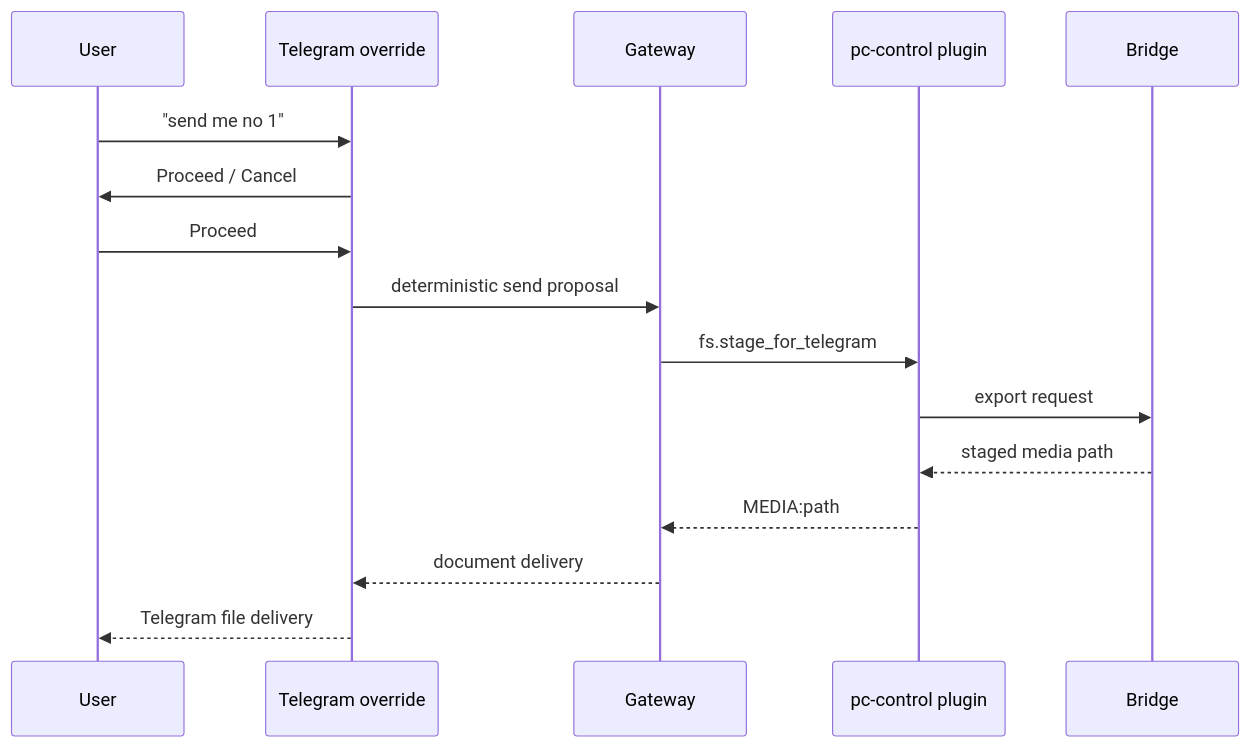
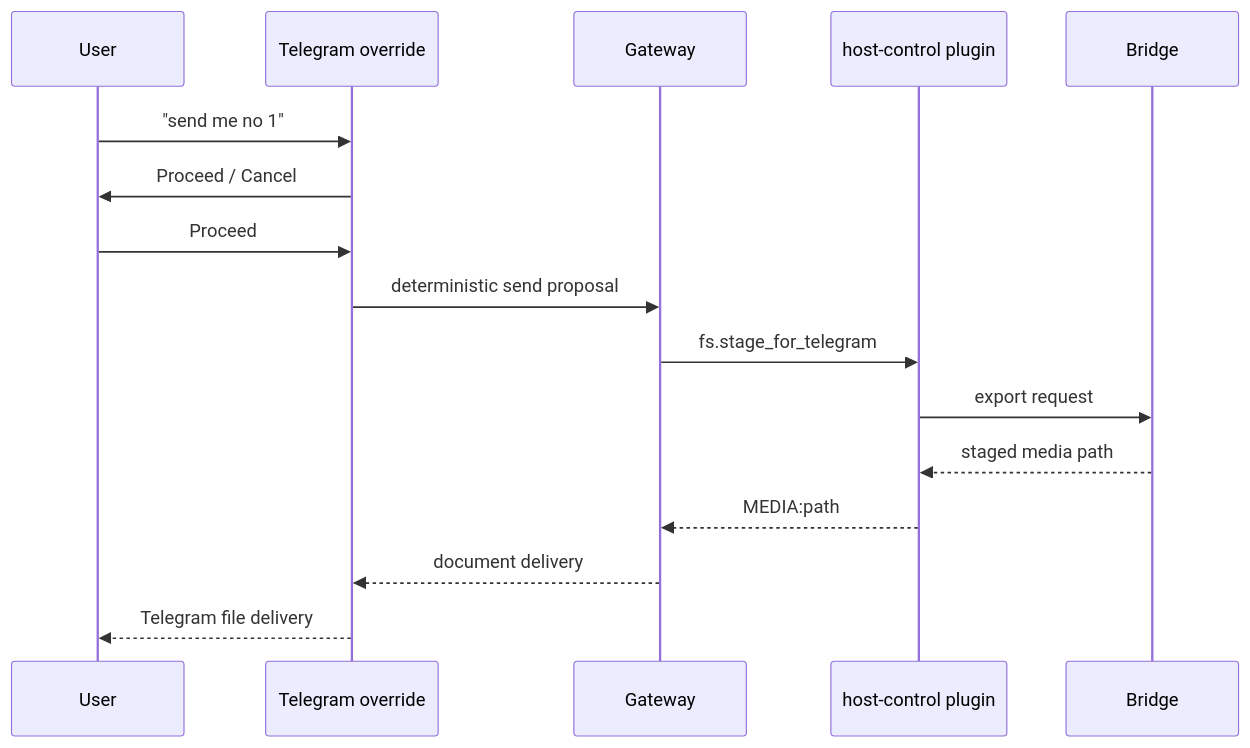
Before and after one commit to mfshaf7/openclaw-isolated-deployment: the fourth of 5 diagrams in docs/architecture-overview.md, drawn with Mermaid. The commit also changed other lines of this file and 31 other files, not shown here.

Commit message:
refactor: rename host capability to host-control

````diff
--- a/docs/architecture-overview.md
+++ b/docs/architecture-overview.md
@@ -211,19 +211,19 @@
 ```mermaid
 sequenceDiagram
     participant U as User
     participant T as Telegram override
     participant G as Gateway
-    participant P as pc-control plugin
+    participant P as host-control plugin
     participant B as Bridge
 
     U->>T: "send me no 1"
     T->>U: Proceed / Cancel
     U->>T: Proceed
     T->>G: deterministic send proposal
     G->>P: fs.stage_for_telegram
     P->>B: export request
     B-->>P: staged media path
     P-->>G: MEDIA:path
     G-->>T: document delivery
     T-->>U: Telegram file delivery
 ```
````
